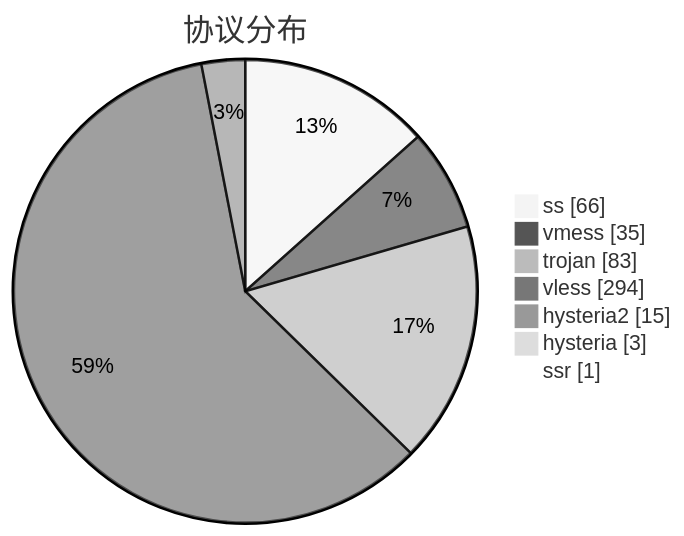
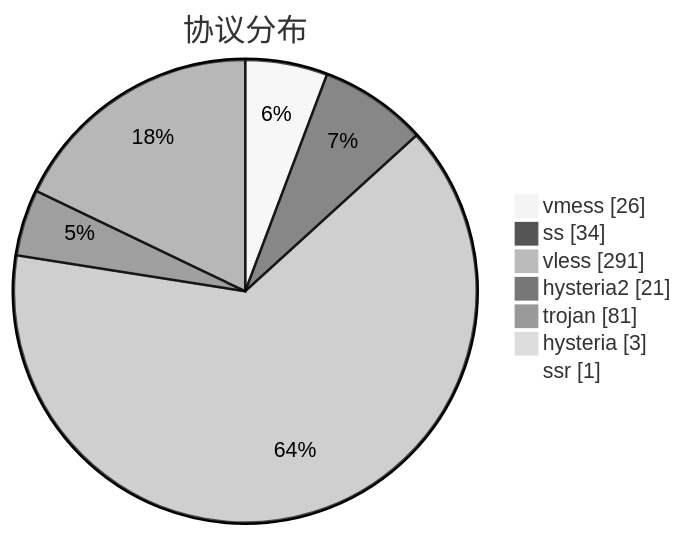
The third of 3 diagrams in subs/statistics/tested_within.md (sinspired/airport), drawn with Mermaid (neutral theme) before and after one commit. The commit also changed other lines of this file and 2 other files, not shown here.

````diff
--- a/subs/statistics/tested_within.md
+++ b/subs/statistics/tested_within.md
@@ -48,11 +41,11 @@
 ```mermaid
 pie showData
 title 协议分布
-"ss" : 66
-"vmess" : 35
-"trojan" : 83
-"vless" : 294
-"hysteria2" : 15
+"vmess" : 26
+"ss" : 34
+"vless" : 291
+"hysteria2" : 21
+"trojan" : 81
 "hysteria" : 3
 "ssr" : 1
 ```
````
